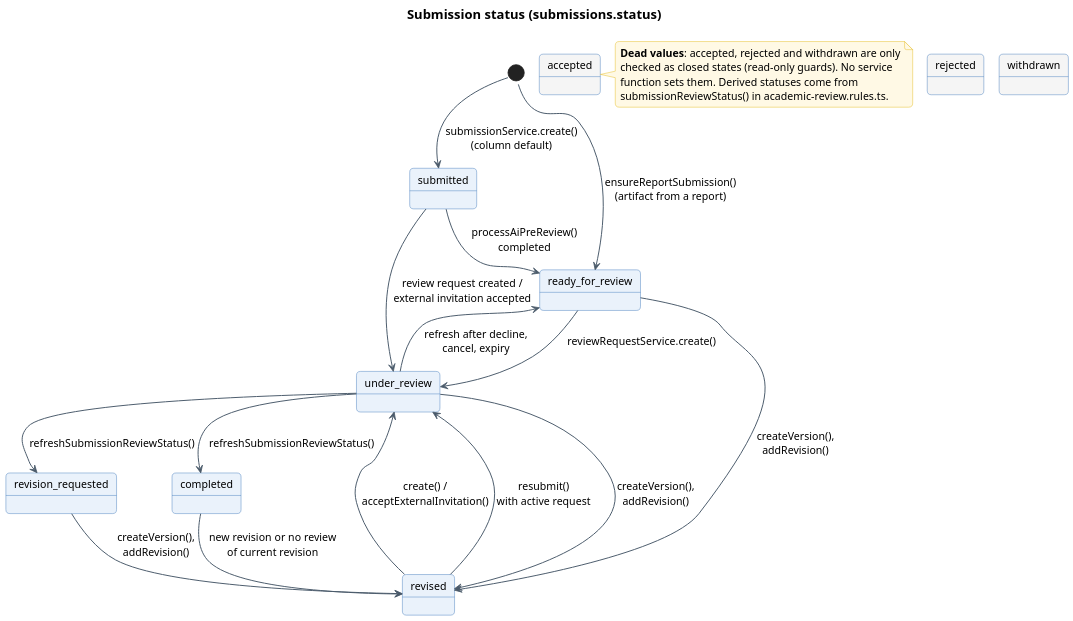
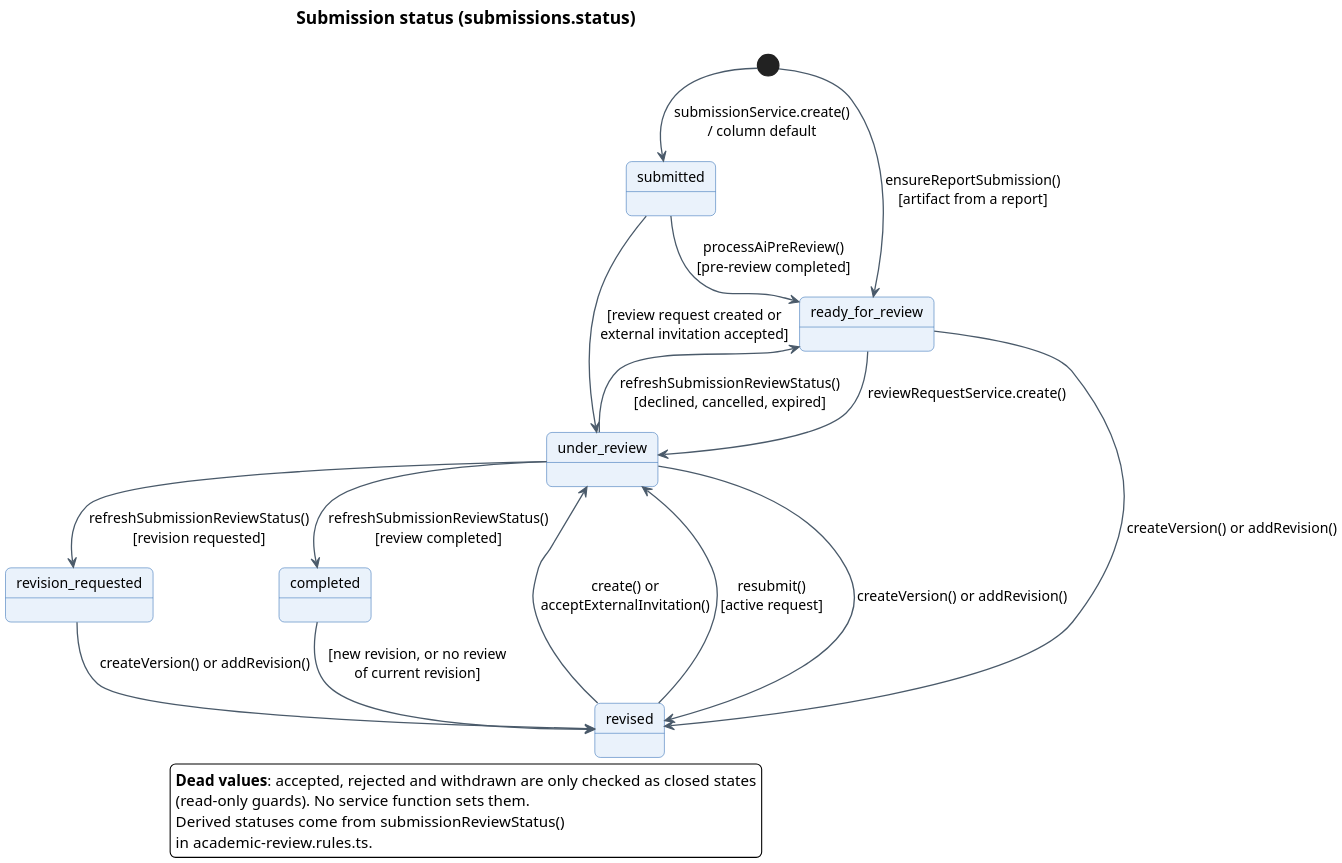
Before and after one commit to Khoa-Hoa-Technology-Solution-Company/lumi-gap: the diagram in docs/diagrams/report4/R4_State_Submission.puml, drawn with PlantUML. The commit also changed 327 other files, not shown here.

First line of the commit message:
docs: update report diagram sources to main ca8fe4d

```diff
--- a/docs/diagrams/report4/R4_State_Submission.puml
+++ b/docs/diagrams/report4/R4_State_Submission.puml
@@ -1,86 +1,83 @@
 @startuml
 !pragma layout smetana
-skinparam dpi 150
+skinparam dpi 200
 skinparam defaultFontName "Segoe UI"
 skinparam defaultFontSize 13
 skinparam shadowing false
 skinparam roundCorner 10
 skinparam ArrowColor #4A5A6A
 skinparam ArrowThickness 1.2
 skinparam BorderColor #2F6DB5
 skinparam BackgroundColor #FFFFFF
 skinparam TitleFontSize 16
 skinparam TitleFontStyle bold
 skinparam usecase {
   BackgroundColor #EAF2FB
   BorderColor #2F6DB5
 }
 skinparam actor {
   BackgroundColor #FFFFFF
   BorderColor #1B2A3A
 }
 skinparam class {
   BackgroundColor #F7FAFD
   BorderColor #2F6DB5
   HeaderBackgroundColor #DCE8F6
 }
 skinparam state {
   BackgroundColor #EAF2FB
   BorderColor #2F6DB5
 }
 skinparam activity {
   BackgroundColor #EAF2FB
   BorderColor #2F6DB5
   DiamondBackgroundColor #FFF4E5
 }
 skinparam swimlane {
   BorderColor #9DB3CC
   TitleBackgroundColor #DCE8F6
 }
 skinparam sequence {
   ParticipantBackgroundColor #EAF2FB
   ParticipantBorderColor #2F6DB5
   LifeLineBorderColor #9DB3CC
   GroupBackgroundColor #F4F7FA
 }
 skinparam package {
   BackgroundColor #F7F9FC
   BorderColor #9DB3CC
 }
 skinparam note {
   BackgroundColor #FFF9E5
   BorderColor #E0B200
 }
 skinparam entity {
   BackgroundColor #F7FAFD
   BorderColor #2F6DB5
 }
 skinparam rectangle {
   BackgroundColor #F7F9FC
   BorderColor #2F6DB5
 }
 title Submission status (submissions.status)
-[*] --> submitted : submissionService.create()\n(column default)
-[*] --> ready_for_review : ensureReportSubmission()\n(artifact from a report)
-submitted --> ready_for_review : processAiPreReview()\ncompleted
-submitted --> under_review : review request created /\nexternal invitation accepted
+[*] --> submitted : submissionService.create()\n/ column default
+[*] --> ready_for_review : ensureReportSubmission()\n[artifact from a report]
+submitted --> ready_for_review : processAiPreReview()\n[pre-review completed]
+submitted --> under_review : [review request created or\nexternal invitation accepted]
 ready_for_review --> under_review : reviewRequestService.create()
-revised --> under_review : create() /\nacceptExternalInvitation()
-under_review --> revision_requested : refreshSubmissionReviewStatus()
-under_review --> completed : refreshSubmissionReviewStatus()
-under_review --> ready_for_review : refresh after decline,\ncancel, expiry
-revision_requested --> revised : createVersion(),\naddRevision()
-completed --> revised : new revision or no review\nof current revision
-ready_for_review --> revised : createVersion(),\naddRevision()
-under_review --> revised : createVersion(),\naddRevision()
-revised --> under_review : resubmit()\nwith active request
-state accepted #F5F5F5
-state rejected #F5F5F5
-state withdrawn #F5F5F5
-note right of accepted
-  <b>Dead values</b>: accepted, rejected and withdrawn are only
-  checked as closed states (read-only guards). No service
-  function sets them. Derived statuses come from
-  submissionReviewStatus() in academic-review.rules.ts.
-end note
+revised --> under_review : create() or\nacceptExternalInvitation()
+under_review --> revision_requested : refreshSubmissionReviewStatus()\n[revision requested]
+under_review --> completed : refreshSubmissionReviewStatus()\n[review completed]
+under_review --> ready_for_review : refreshSubmissionReviewStatus()\n[declined, cancelled, expired]
+revision_requested --> revised : createVersion() or addRevision()
+completed --> revised : [new revision, or no review\nof current revision]
+ready_for_review --> revised : createVersion() or addRevision()
+under_review --> revised : createVersion() or addRevision()
+revised --> under_review : resubmit()\n[active request]
+legend bottom
+  <b>Dead values</b>: accepted, rejected and withdrawn are only checked as closed states
+  (read-only guards). No service function sets them.
+  Derived statuses come from submissionReviewStatus()
+  in academic-review.rules.ts.
+endlegend
 @enduml
```
